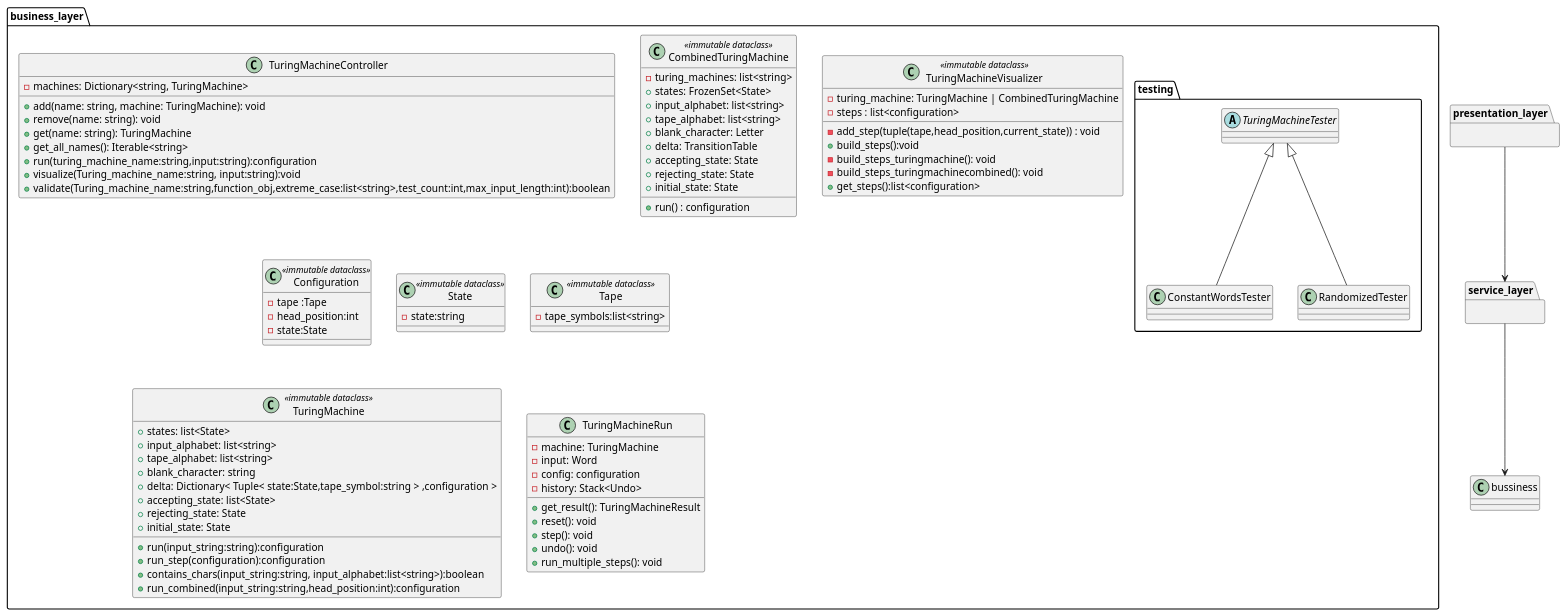
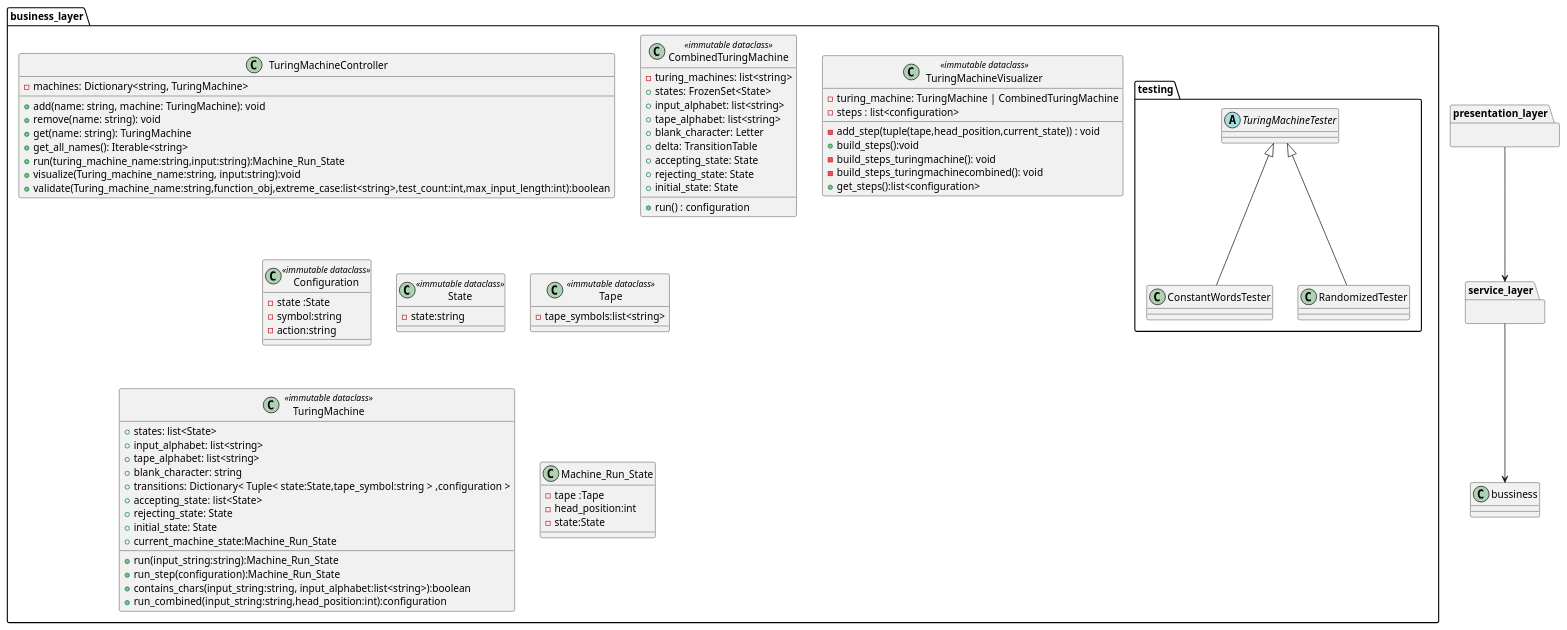
The diagram in docs/uml/bussiness_layer.puml (Turing-Machine-Tutor/Turing-Machine-Tutor), drawn with PlantUML before and after one commit. The commit also changed 8 other files, not shown here.

Commit message:
updated UML, also fixed run function in controller

```diff
--- a/docs/uml/bussiness_layer.puml
+++ b/docs/uml/bussiness_layer.puml
@@ -1,121 +1,115 @@
 @startuml
 
 
 
 package business_layer {
     class TuringMachineController {
         - machines: Dictionary<string, TuringMachine>
 
         + add(name: string, machine: TuringMachine): void
         + remove(name: string): void
         + get(name: string): TuringMachine
         + get_all_names(): Iterable<string>
-        + run(turing_machine_name:string,input:string):configuration
+        + run(turing_machine_name:string,input:string):Machine_Run_State
         +visualize(Turing_machine_name:string, input:string):void
         +validate(Turing_machine_name:string,function_obj,extreme_case:list<string>,test_count:int,max_input_length:int):boolean
 
     }
 
 
  class CombinedTuringMachine <<immutable dataclass>> {
         -turing_machines: list<string>
         +run() : configuration
         + states: FrozenSet<State>
         + input_alphabet: list<string>
         + tape_alphabet: list<string>
         + blank_character: Letter
         + delta: TransitionTable
         + accepting_state: State
         + rejecting_state: State
         + initial_state: State
 
     }
 
 
      class TuringMachineVisualizer <<immutable dataclass>> {
         -turing_machine: TuringMachine | CombinedTuringMachine
         -steps : list<configuration>
         -add_step(tuple(tape,head_position,current_state)) : void
         +build_steps():void
         -build_steps_turingmachine(): void
         -build_steps_turingmachinecombined(): void
         +get_steps():list<configuration>
     }
 
     class Configuration <<immutable dataclass>> {
-       -tape :Tape
-       -head_position:int
-       -state:State
+         -state :State
+        -symbol:string
+        -action:string
     }
 
        class State <<immutable dataclass>> {
         -state:string
     }
 
       class Tape <<immutable dataclass>> {
         -tape_symbols:list<string>
     }
 
     class TuringMachine <<immutable dataclass>> {
         + states: list<State>
         + input_alphabet: list<string>
         + tape_alphabet: list<string>
         + blank_character: string
-        + delta: Dictionary< Tuple< state:State,tape_symbol:string > ,configuration >
+        + transitions: Dictionary< Tuple< state:State,tape_symbol:string > ,configuration >
         + accepting_state: list<State>
         + rejecting_state: State
         + initial_state: State
-        +run(input_string:string):configuration
-        +run_step(configuration):configuration
+        +current_machine_state:Machine_Run_State
+        +run(input_string:string):Machine_Run_State
+        +run_step(configuration):Machine_Run_State
         +contains_chars(input_string:string, input_alphabet:list<string>):boolean
         +run_combined(input_string:string,head_position:int):configuration
 
     }
 
-    class TuringMachineRun {
-       - machine: TuringMachine
-       - input: Word
-       - config: configuration
-       - history: Stack<Undo>
-
-       + get_result(): TuringMachineResult
-       + reset(): void
-       + step(): void
-       + undo(): void
-       + run_multiple_steps(): void
+    class Machine_Run_State {
+       -tape :Tape
+       -head_position:int
+       -state:State
     }
 
 
 
 package testing {
     abstract class TuringMachineTester {
 
     }
 
     class ConstantWordsTester {
 
     }
 
     class RandomizedTester {
 
     }
 
     ConstantWordsTester -u-|> TuringMachineTester
     RandomizedTester -u-|> TuringMachineTester
 
     }
 }
 
 
 package service_layer {
 
 }
 
 package presentation_layer {
 
 }
 
 service_layer -d-> bussiness
 presentation_layer -d-> service_layer
 
 @enduml
```
